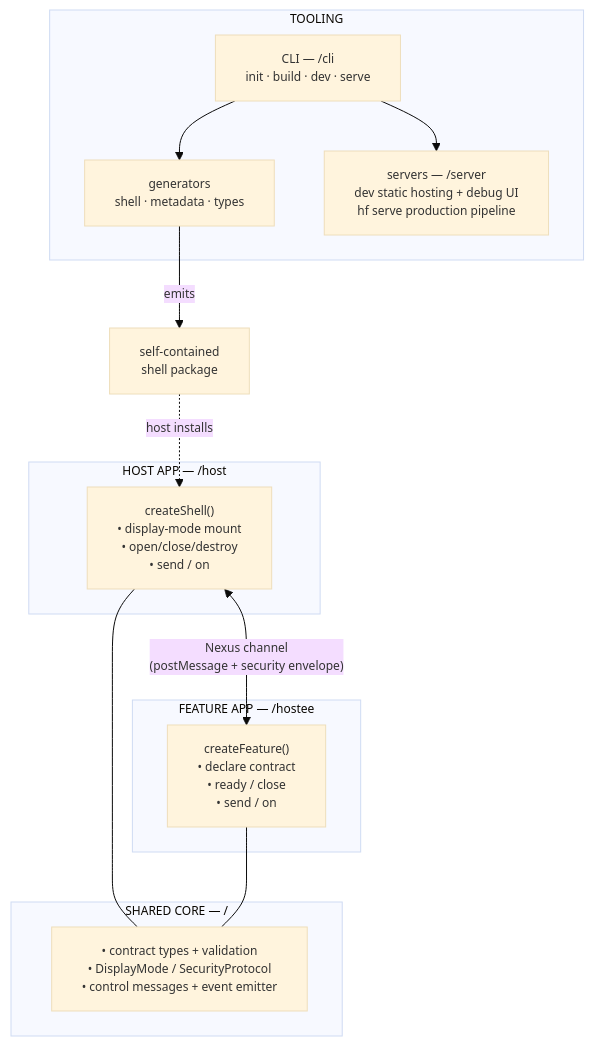
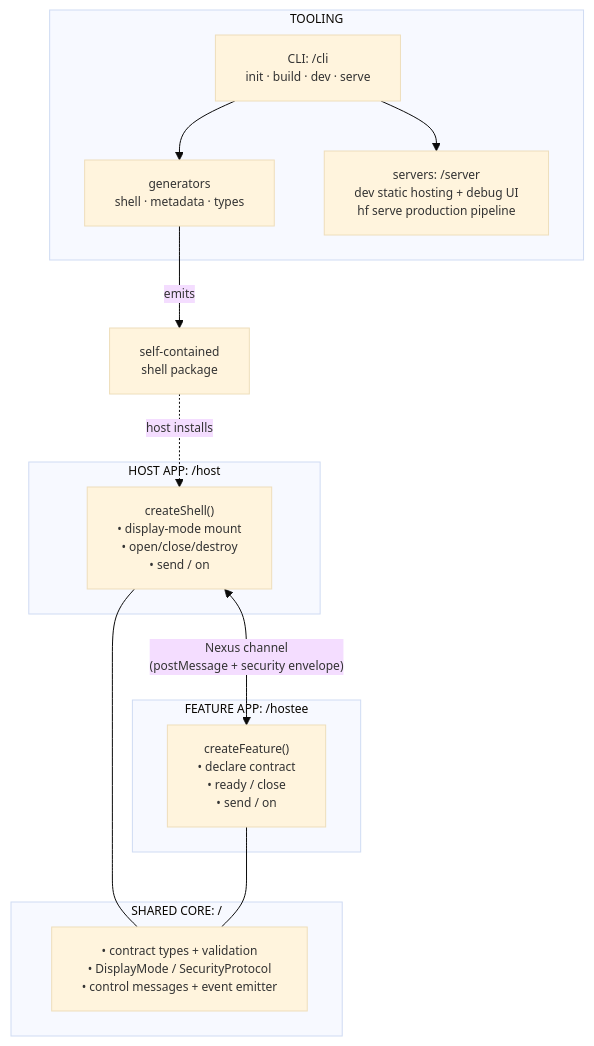
Before and after one commit to AndrewRedican/hyperfrontend: the first of 5 diagrams in libs/features/ARCHITECTURE.md, drawn with Mermaid. The commit also changed other lines of this file and 2 other files, not shown here.

````diff
--- a/libs/features/ARCHITECTURE.md
+++ b/libs/features/ARCHITECTURE.md
@@ -11,31 +11,31 @@
 ```mermaid
 ---
 config:
   theme: base
   themeVariables:
     fontSize: 12px
 ---
 flowchart TB
-    subgraph Host["HOST APP — /host"]
+    subgraph Host["HOST APP: /host"]
         Shell["createShell()<br/>• display-mode mount<br/>• open/close/destroy<br/>• send / on"]
     end
-    subgraph Hostee["FEATURE APP — /hostee"]
+    subgraph Hostee["FEATURE APP: /hostee"]
         Feature["createFeature()<br/>• declare contract<br/>• ready / close<br/>• send / on"]
     end
-    subgraph Shared["SHARED CORE — /"]
+    subgraph Shared["SHARED CORE: /"]
         Core["• contract types + validation<br/>• DisplayMode / SecurityProtocol<br/>• control messages + event emitter"]
     end
     subgraph Tooling["TOOLING"]
-        Cli["CLI — /cli<br/>init · build · dev · serve"]
+        Cli["CLI: /cli<br/>init · build · dev · serve"]
         Gen["generators<br/>shell · metadata · types"]
-        Server["servers — /server<br/>dev static hosting + debug UI<br/>hf serve production pipeline"]
+        Server["servers: /server<br/>dev static hosting + debug UI<br/>hf serve production pipeline"]
     end
 
     Shell <-->|"Nexus channel<br/>(postMessage + security envelope)"| Feature
     Shell --- Core
     Feature --- Core
     Cli --> Gen
     Cli --> Server
     Gen -->|"emits"| ShellPkg["self-contained<br/>shell package"]
     ShellPkg -.->|"host installs"| Shell
 ```
````
